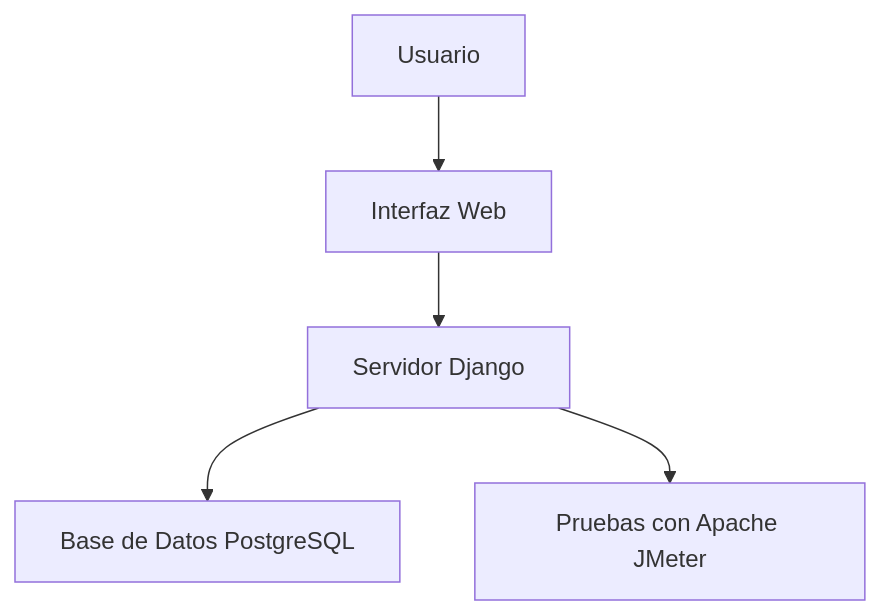
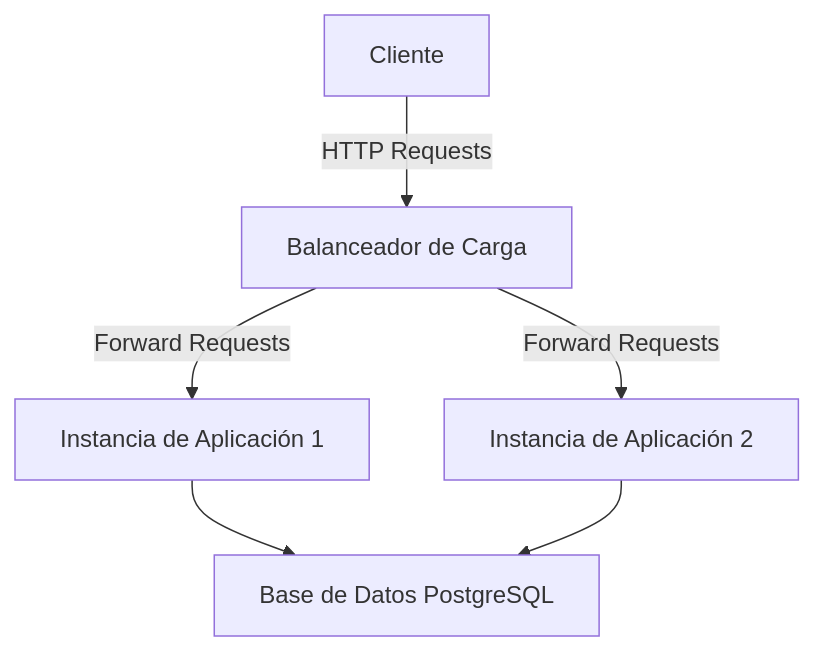
The first of 2 diagrams in README.md (Diplomatictw0/repo-logs), drawn with Mermaid before and after one commit. The commit also changed other lines of this file and 20 other files, not shown here.

````diff
--- a/README.md
+++ b/README.md
@@ -28,7 +37,8 @@
 ```mermaid
-graph TD
-    A[Usuario] --> B[Interfaz Web]
-    B --> C[Servidor Django]
-    C --> D[Base de Datos PostgreSQL]
-    C --> E[Pruebas con Apache JMeter]
+graph TD;
+    A[Cliente] -->|HTTP Requests| B[Balanceador de Carga]
+    B -->|Forward Requests| C[Instancia de Aplicación 1]
+    B -->|Forward Requests| D[Instancia de Aplicación 2]
+    C --> E[Base de Datos PostgreSQL]
+    D --> E
 ```
````
